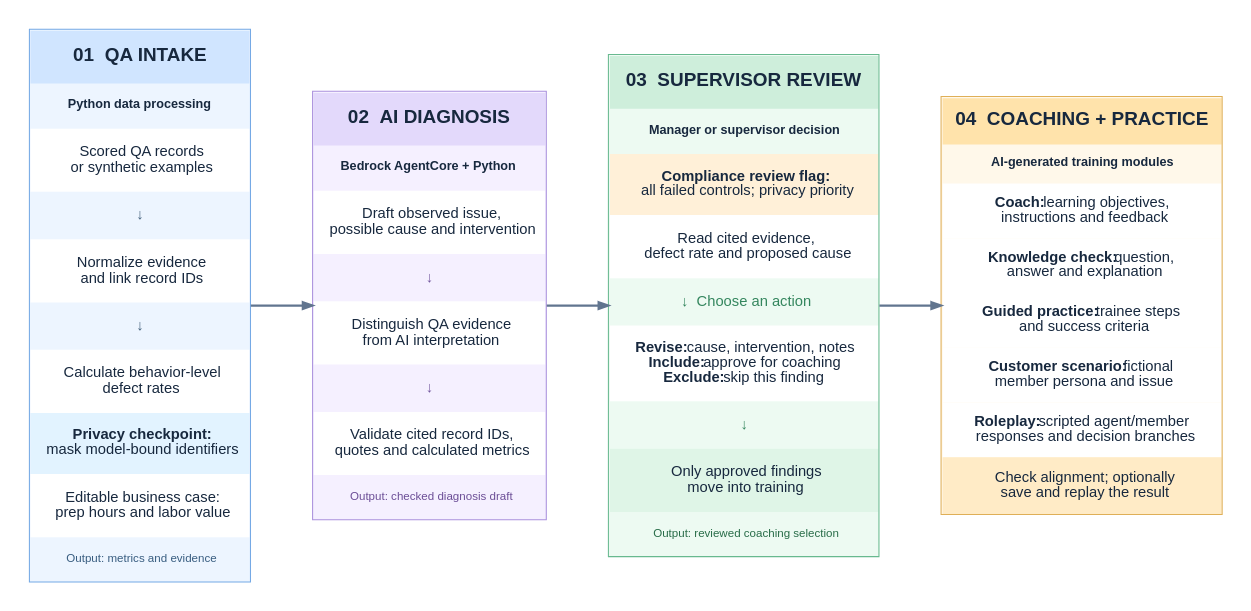
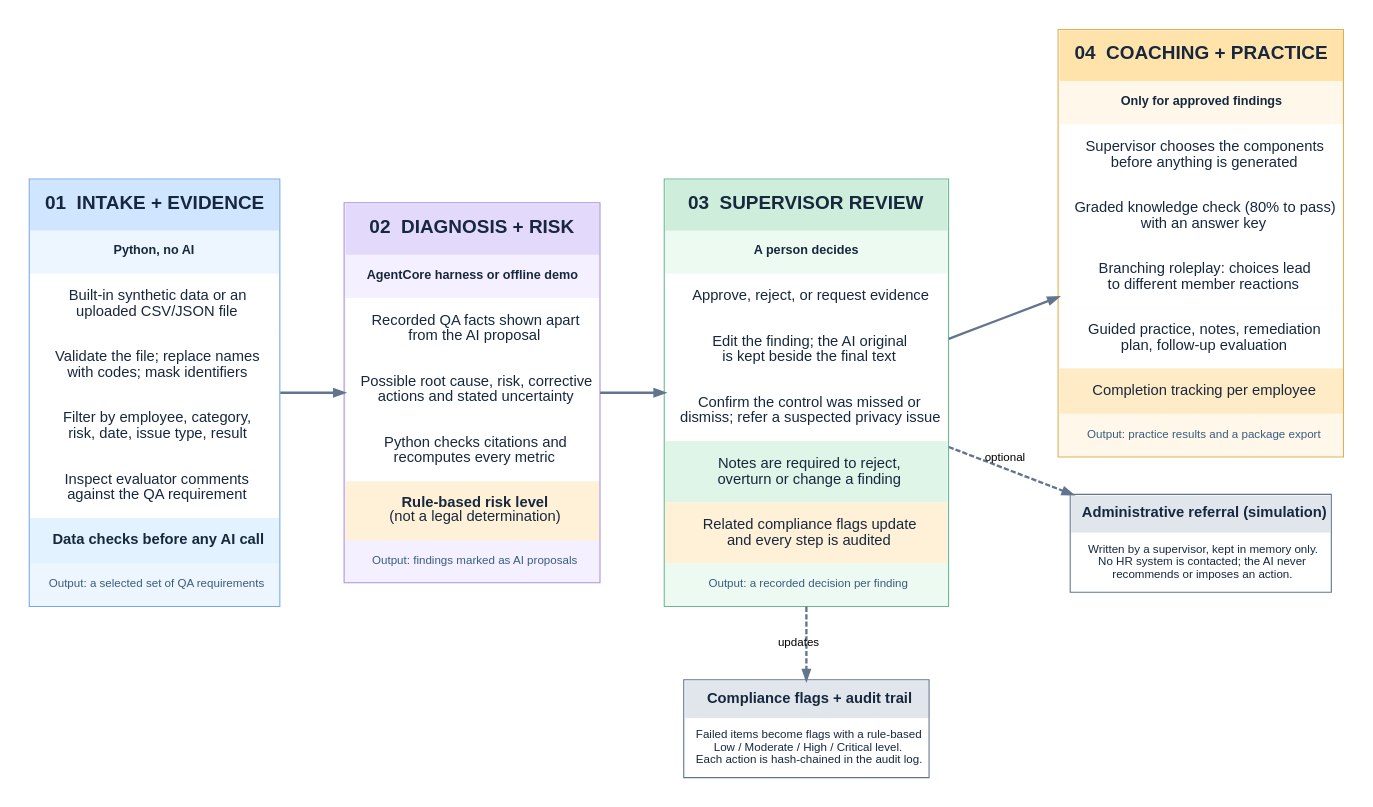
Before and after one commit to BeazerJobs-USA/ResultsCX-Amazon-AWS-AI-Competition-2026: the diagram in docs/architecture-flow.dot, drawn with Graphviz. The commit also changed 58 other files, not shown here.

```diff
--- a/docs/architecture-flow.dot
+++ b/docs/architecture-flow.dot
@@ -1,69 +1,74 @@
 digraph AgentQA {
-  graph [
-    rankdir=LR,
-    bgcolor="white",
-    pad="0.28",
-    nodesep="0.48",
-    ranksep="0.82",
-    splines=polyline
-  ];
+  graph [rankdir=LR, bgcolor="white", pad="0.28", nodesep="0.48", ranksep="0.82", splines=polyline];
   node [shape=plain, fontname="Arial", fontcolor="#17283E"];
   edge [color="#61758F", penwidth=2.2, arrowsize=0.9];
 
-  qa [label=<
-    <TABLE BORDER="1" COLOR="#75A9E5" CELLBORDER="0" CELLSPACING="0" CELLPADDING="15" BGCOLOR="#EDF5FF">
-      <TR><TD BGCOLOR="#D0E5FF"><FONT FACE="Arial" POINT-SIZE="18"><B>01  QA INTAKE</B></FONT></TD></TR>
-      <TR><TD><FONT FACE="Arial" POINT-SIZE="12"><B>Python data processing</B></FONT></TD></TR>
-      <TR><TD BGCOLOR="#FFFFFF"><FONT FACE="Arial">Scored QA records<BR/>or synthetic examples</FONT></TD></TR>
-      <TR><TD><FONT FACE="Arial" COLOR="#42607C">↓</FONT></TD></TR>
-      <TR><TD BGCOLOR="#FFFFFF"><FONT FACE="Arial">Normalize evidence<BR/>and link record IDs</FONT></TD></TR>
-      <TR><TD><FONT FACE="Arial" COLOR="#42607C">↓</FONT></TD></TR>
-      <TR><TD BGCOLOR="#FFFFFF"><FONT FACE="Arial">Calculate behavior-level<BR/>defect rates</FONT></TD></TR>
-      <TR><TD BGCOLOR="#E2F3FF"><FONT FACE="Arial"><B>Privacy checkpoint:</B><BR/>mask model-bound identifiers</FONT></TD></TR>
-      <TR><TD BGCOLOR="#FFFFFF"><FONT FACE="Arial">Editable business case:<BR/>prep hours and labor value</FONT></TD></TR>
-      <TR><TD><FONT FACE="Arial" POINT-SIZE="11" COLOR="#385D80">Output: metrics and evidence</FONT></TD></TR>
+  intake [label=<
+    <TABLE BORDER="1" COLOR="#75A9E5" CELLBORDER="0" CELLSPACING="0" CELLPADDING="14" BGCOLOR="#EDF5FF">
+      <TR><TD BGCOLOR="#D0E5FF"><FONT FACE="Arial" POINT-SIZE="18"><B>01  INTAKE + EVIDENCE</B></FONT></TD></TR>
+      <TR><TD><FONT FACE="Arial" POINT-SIZE="12"><B>Python, no AI</B></FONT></TD></TR>
+      <TR><TD BGCOLOR="#FFFFFF"><FONT FACE="Arial">Built-in synthetic data or an<BR/>uploaded CSV/JSON file</FONT></TD></TR>
+      <TR><TD BGCOLOR="#FFFFFF"><FONT FACE="Arial">Validate the file; replace names<BR/>with codes; mask identifiers</FONT></TD></TR>
+      <TR><TD BGCOLOR="#FFFFFF"><FONT FACE="Arial">Filter by employee, category,<BR/>risk, date, issue type, result</FONT></TD></TR>
+      <TR><TD BGCOLOR="#FFFFFF"><FONT FACE="Arial">Inspect evaluator comments<BR/>against the QA requirement</FONT></TD></TR>
+      <TR><TD BGCOLOR="#E2F3FF"><FONT FACE="Arial"><B>Data checks before any AI call</B></FONT></TD></TR>
+      <TR><TD><FONT FACE="Arial" POINT-SIZE="11" COLOR="#385D80">Output: a selected set of QA requirements</FONT></TD></TR>
     </TABLE>
   >];
 
   diagnosis [label=<
-    <TABLE BORDER="1" COLOR="#AA91DD" CELLBORDER="0" CELLSPACING="0" CELLPADDING="15" BGCOLOR="#F5F0FF">
-      <TR><TD BGCOLOR="#E3D9FB"><FONT FACE="Arial" POINT-SIZE="18"><B>02  AI DIAGNOSIS</B></FONT></TD></TR>
-      <TR><TD><FONT FACE="Arial" POINT-SIZE="12"><B>Bedrock AgentCore + Python</B></FONT></TD></TR>
-      <TR><TD BGCOLOR="#FFFFFF"><FONT FACE="Arial">Draft observed issue,<BR/>possible cause and intervention</FONT></TD></TR>
-      <TR><TD><FONT FACE="Arial" COLOR="#765AA0">↓</FONT></TD></TR>
-      <TR><TD BGCOLOR="#FFFFFF"><FONT FACE="Arial">Distinguish QA evidence<BR/>from AI interpretation</FONT></TD></TR>
-      <TR><TD><FONT FACE="Arial" COLOR="#765AA0">↓</FONT></TD></TR>
-      <TR><TD BGCOLOR="#FFFFFF"><FONT FACE="Arial">Validate cited record IDs,<BR/>quotes and calculated metrics</FONT></TD></TR>
-      <TR><TD><FONT FACE="Arial" POINT-SIZE="11" COLOR="#6B4D96">Output: checked diagnosis draft</FONT></TD></TR>
+    <TABLE BORDER="1" COLOR="#AA91DD" CELLBORDER="0" CELLSPACING="0" CELLPADDING="14" BGCOLOR="#F5F0FF">
+      <TR><TD BGCOLOR="#E3D9FB"><FONT FACE="Arial" POINT-SIZE="18"><B>02  DIAGNOSIS + RISK</B></FONT></TD></TR>
+      <TR><TD><FONT FACE="Arial" POINT-SIZE="12"><B>AgentCore harness or offline demo</B></FONT></TD></TR>
+      <TR><TD BGCOLOR="#FFFFFF"><FONT FACE="Arial">Recorded QA facts shown apart<BR/>from the AI proposal</FONT></TD></TR>
+      <TR><TD BGCOLOR="#FFFFFF"><FONT FACE="Arial">Possible root cause, risk, corrective<BR/>actions and stated uncertainty</FONT></TD></TR>
+      <TR><TD BGCOLOR="#FFFFFF"><FONT FACE="Arial">Python checks citations and<BR/>recomputes every metric</FONT></TD></TR>
+      <TR><TD BGCOLOR="#FFF0D8"><FONT FACE="Arial"><B>Rule-based risk level</B><BR/>(not a legal determination)</FONT></TD></TR>
+      <TR><TD><FONT FACE="Arial" POINT-SIZE="11" COLOR="#385D80">Output: findings marked as AI proposals</FONT></TD></TR>
     </TABLE>
   >];
 
   review [label=<
-    <TABLE BORDER="1" COLOR="#68B98F" CELLBORDER="0" CELLSPACING="0" CELLPADDING="15" BGCOLOR="#EDFAF2">
+    <TABLE BORDER="1" COLOR="#68B98F" CELLBORDER="0" CELLSPACING="0" CELLPADDING="14" BGCOLOR="#EDFAF2">
       <TR><TD BGCOLOR="#CEEEDB"><FONT FACE="Arial" POINT-SIZE="18"><B>03  SUPERVISOR REVIEW</B></FONT></TD></TR>
-      <TR><TD><FONT FACE="Arial" POINT-SIZE="12"><B>Manager or supervisor decision</B></FONT></TD></TR>
-      <TR><TD BGCOLOR="#FFF0D8"><FONT FACE="Arial"><B>Compliance review flag:</B><BR/>all failed controls; privacy priority</FONT></TD></TR>
-      <TR><TD BGCOLOR="#FFFFFF"><FONT FACE="Arial">Read cited evidence,<BR/>defect rate and proposed cause</FONT></TD></TR>
-      <TR><TD><FONT FACE="Arial" COLOR="#34865E">↓  Choose an action</FONT></TD></TR>
-      <TR><TD BGCOLOR="#FFFFFF"><FONT FACE="Arial"><B>Revise:</B> cause, intervention, notes<BR/><B>Include:</B> approve for coaching<BR/><B>Exclude:</B> skip this finding</FONT></TD></TR>
-      <TR><TD><FONT FACE="Arial" COLOR="#34865E">↓</FONT></TD></TR>
-      <TR><TD BGCOLOR="#DFF5E7"><FONT FACE="Arial">Only approved findings<BR/>move into training</FONT></TD></TR>
-      <TR><TD><FONT FACE="Arial" POINT-SIZE="11" COLOR="#286C48">Output: reviewed coaching selection</FONT></TD></TR>
+      <TR><TD><FONT FACE="Arial" POINT-SIZE="12"><B>A person decides</B></FONT></TD></TR>
+      <TR><TD BGCOLOR="#FFFFFF"><FONT FACE="Arial">Approve, reject, or request evidence</FONT></TD></TR>
+      <TR><TD BGCOLOR="#FFFFFF"><FONT FACE="Arial">Edit the finding; the AI original<BR/>is kept beside the final text</FONT></TD></TR>
+      <TR><TD BGCOLOR="#FFFFFF"><FONT FACE="Arial">Confirm the control was missed or<BR/>dismiss; refer a suspected privacy issue</FONT></TD></TR>
+      <TR><TD BGCOLOR="#DFF5E7"><FONT FACE="Arial">Notes are required to reject,<BR/>overturn or change a finding</FONT></TD></TR>
+      <TR><TD BGCOLOR="#FFF0D8"><FONT FACE="Arial">Related compliance flags update<BR/>and every step is audited</FONT></TD></TR>
+      <TR><TD><FONT FACE="Arial" POINT-SIZE="11" COLOR="#385D80">Output: a recorded decision per finding</FONT></TD></TR>
     </TABLE>
   >];
 
   coaching [label=<
-    <TABLE BORDER="1" COLOR="#DFAF57" CELLBORDER="0" CELLSPACING="0" CELLPADDING="12" BGCOLOR="#FFF8EA">
+    <TABLE BORDER="1" COLOR="#DFAF57" CELLBORDER="0" CELLSPACING="0" CELLPADDING="14" BGCOLOR="#FFF8EA">
       <TR><TD BGCOLOR="#FFE3AB"><FONT FACE="Arial" POINT-SIZE="18"><B>04  COACHING + PRACTICE</B></FONT></TD></TR>
-      <TR><TD><FONT FACE="Arial" POINT-SIZE="12"><B>AI-generated training modules</B></FONT></TD></TR>
-      <TR><TD BGCOLOR="#FFFFFF"><FONT FACE="Arial"><B>Coach:</B> learning objectives,<BR/>instructions and feedback</FONT></TD></TR>
-      <TR><TD BGCOLOR="#FFFFFF"><FONT FACE="Arial"><B>Knowledge check:</B> question,<BR/>answer and explanation</FONT></TD></TR>
-      <TR><TD BGCOLOR="#FFFFFF"><FONT FACE="Arial"><B>Guided practice:</B> trainee steps<BR/>and success criteria</FONT></TD></TR>
-      <TR><TD BGCOLOR="#FFFFFF"><FONT FACE="Arial"><B>Customer scenario:</B> fictional<BR/>member persona and issue</FONT></TD></TR>
-      <TR><TD BGCOLOR="#FFFFFF"><FONT FACE="Arial"><B>Roleplay:</B> scripted agent/member<BR/>responses and decision branches</FONT></TD></TR>
-      <TR><TD BGCOLOR="#FFEBC6"><FONT FACE="Arial">Check alignment; optionally<BR/>save and replay the result</FONT></TD></TR>
+      <TR><TD><FONT FACE="Arial" POINT-SIZE="12"><B>Only for approved findings</B></FONT></TD></TR>
+      <TR><TD BGCOLOR="#FFFFFF"><FONT FACE="Arial">Supervisor chooses the components<BR/>before anything is generated</FONT></TD></TR>
+      <TR><TD BGCOLOR="#FFFFFF"><FONT FACE="Arial">Graded knowledge check (80% to pass)<BR/>with an answer key</FONT></TD></TR>
+      <TR><TD BGCOLOR="#FFFFFF"><FONT FACE="Arial">Branching roleplay: choices lead<BR/>to different member reactions</FONT></TD></TR>
+      <TR><TD BGCOLOR="#FFFFFF"><FONT FACE="Arial">Guided practice, notes, remediation<BR/>plan, follow-up evaluation</FONT></TD></TR>
+      <TR><TD BGCOLOR="#FFEBC6"><FONT FACE="Arial">Completion tracking per employee</FONT></TD></TR>
+      <TR><TD><FONT FACE="Arial" POINT-SIZE="11" COLOR="#385D80">Output: practice results and a package export</FONT></TD></TR>
     </TABLE>
   >];
 
-  qa -> diagnosis -> review -> coaching;
+  workflow [label=<
+    <TABLE BORDER="1" COLOR="#61758F" CELLBORDER="0" CELLSPACING="0" CELLPADDING="10" BGCOLOR="#F4F6F9">
+      <TR><TD BGCOLOR="#E1E6ED"><FONT FACE="Arial" POINT-SIZE="14"><B>Compliance flags + audit trail</B></FONT></TD></TR>
+      <TR><TD BGCOLOR="#FFFFFF"><FONT FACE="Arial" POINT-SIZE="11">Failed items become flags with a rule-based<BR/>Low / Moderate / High / Critical level.<BR/>Each action is hash-chained in the audit log.</FONT></TD></TR>
+    </TABLE>
+  >];
+  referral [label=<
+    <TABLE BORDER="1" COLOR="#61758F" CELLBORDER="0" CELLSPACING="0" CELLPADDING="10" BGCOLOR="#F4F6F9">
+      <TR><TD BGCOLOR="#E1E6ED"><FONT FACE="Arial" POINT-SIZE="14"><B>Administrative referral (simulation)</B></FONT></TD></TR>
+      <TR><TD BGCOLOR="#FFFFFF"><FONT FACE="Arial" POINT-SIZE="11">Written by a supervisor, kept in memory only.<BR/>No HR system is contacted; the AI never<BR/>recommends or imposes an action.</FONT></TD></TR>
+    </TABLE>
+  >];
+
+  intake -> diagnosis -> review -> coaching;
+  review -> workflow [style=dashed, label="  updates", fontname="Arial", fontsize=11];
+  review -> referral [style=dashed, label="  optional", fontname="Arial", fontsize=11];
+  {rank=same; review; workflow}
 }
```
